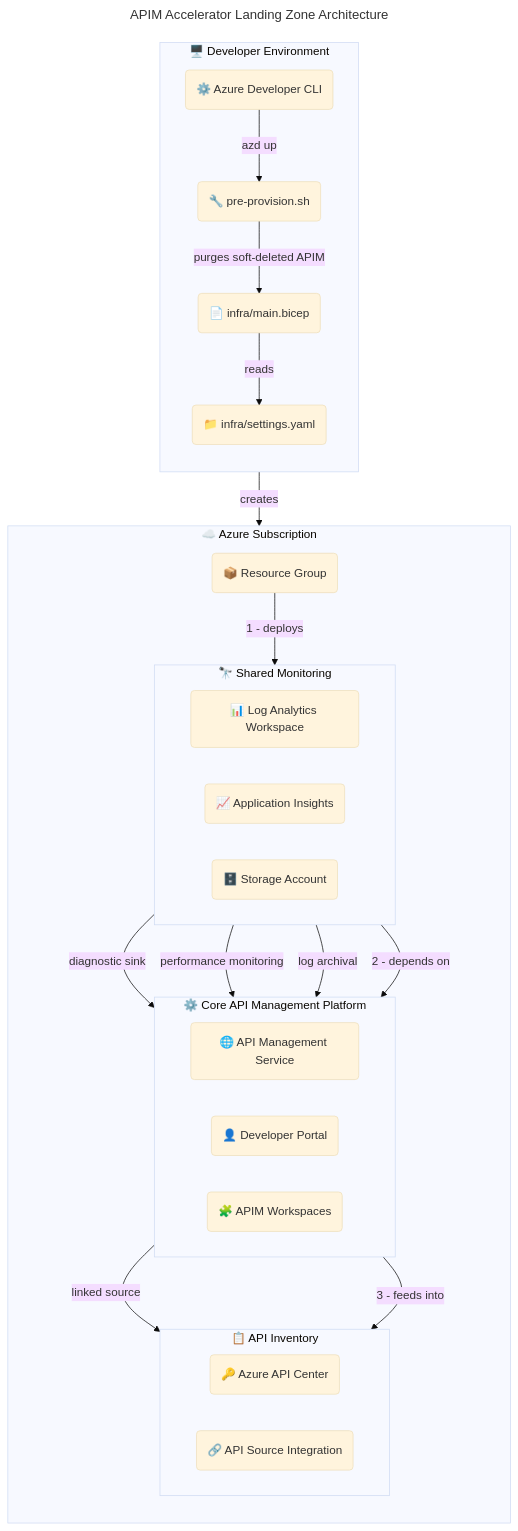
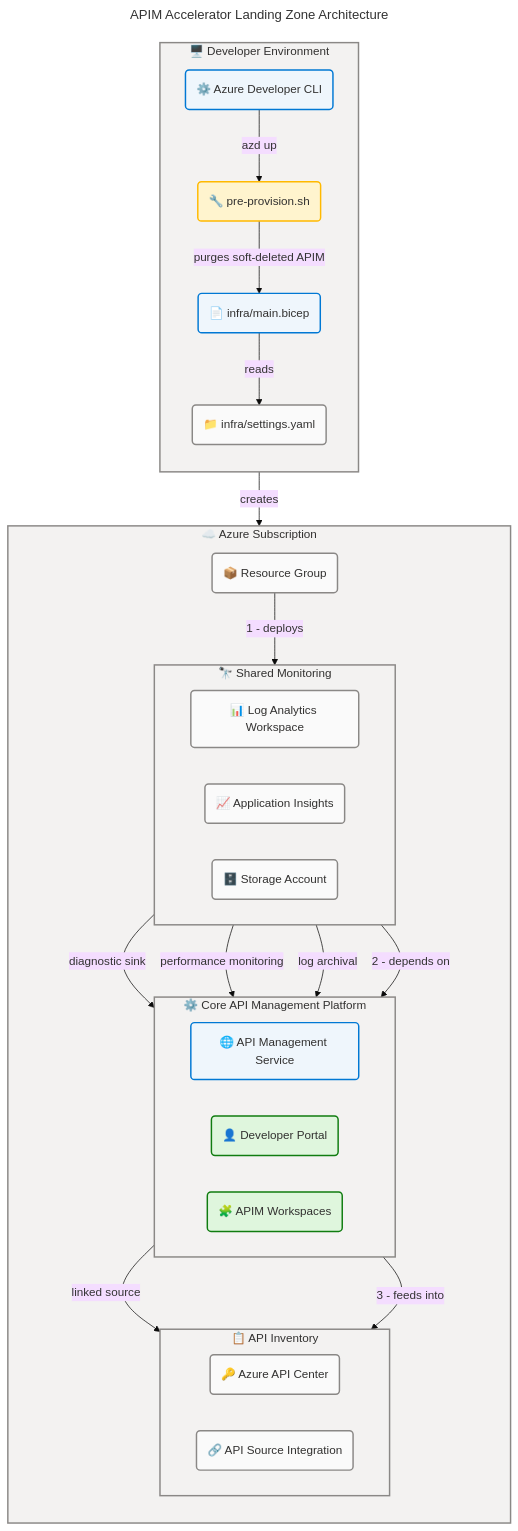
Before and after one commit to Evilazaro/APIM-Accelerator: the diagram in README.md, drawn with Mermaid. The commit also changed 1 other file, not shown here.

Commit message:
style: enhance Azure/Fluent architecture pattern documentation with semantic class definitions and accessibility governance in flowcharts

````diff
--- a/README.md
+++ b/README.md
@@ -101,6 +101,16 @@
     accTitle: APIM Accelerator Landing Zone Architecture
     accDescr: End-to-end architecture of the APIM Accelerator showing azd CLI orchestration, Bicep modules, and deployed Azure resources grouped by shared monitoring, core platform, and API inventory layers
 
+    %% ═══════════════════════════════════════════════════════════════════════════
+    %% AZURE / FLUENT ARCHITECTURE PATTERN v2.0
+    %% (Semantic + Structural + Font + Accessibility Governance)
+    %% ═══════════════════════════════════════════════════════════════════════════
+    %% PHASE 1 - FLUENT UI: All styling uses approved Fluent UI palette only
+    %% PHASE 2 - GROUPS: Every subgraph has semantic color via style directive
+    %% PHASE 3 - COMPONENTS: Every node has semantic classDef + icon prefix
+    %% PHASE 4 - ACCESSIBILITY: accTitle/accDescr present, WCAG AA contrast
+    %% PHASE 5 - STANDARD: Governance block present, classDefs centralized
+    %% ═══════════════════════════════════════════════════════════════════════════
 
     subgraph devEnv["🖥️ Developer Environment"]
         direction TB
@@ -147,5 +157,15 @@
     stg -->|"log archival"| apim
     apim -->|"linked source"| apiCenter
 
+    classDef neutral fill:#FAFAFA,stroke:#8A8886,stroke-width:2px,color:#323130
+    classDef core fill:#EFF6FC,stroke:#0078D4,stroke-width:2px,color:#323130
+    classDef success fill:#DFF6DD,stroke:#107C10,stroke-width:2px,color:#323130
+    classDef warning fill:#FFF4CE,stroke:#FFB900,stroke-width:2px,color:#323130
+
+    style devEnv fill:#F3F2F1,stroke:#8A8886,stroke-width:2px,color:#323130
+    style azureSub fill:#F3F2F1,stroke:#8A8886,stroke-width:2px,color:#323130
+    style sharedLayer fill:#F3F2F1,stroke:#8A8886,stroke-width:2px,color:#323130
+    style coreLayer fill:#F3F2F1,stroke:#8A8886,stroke-width:2px,color:#323130
+    style inventoryLayer fill:#F3F2F1,stroke:#8A8886,stroke-width:2px,color:#323130
 
 ```
````
